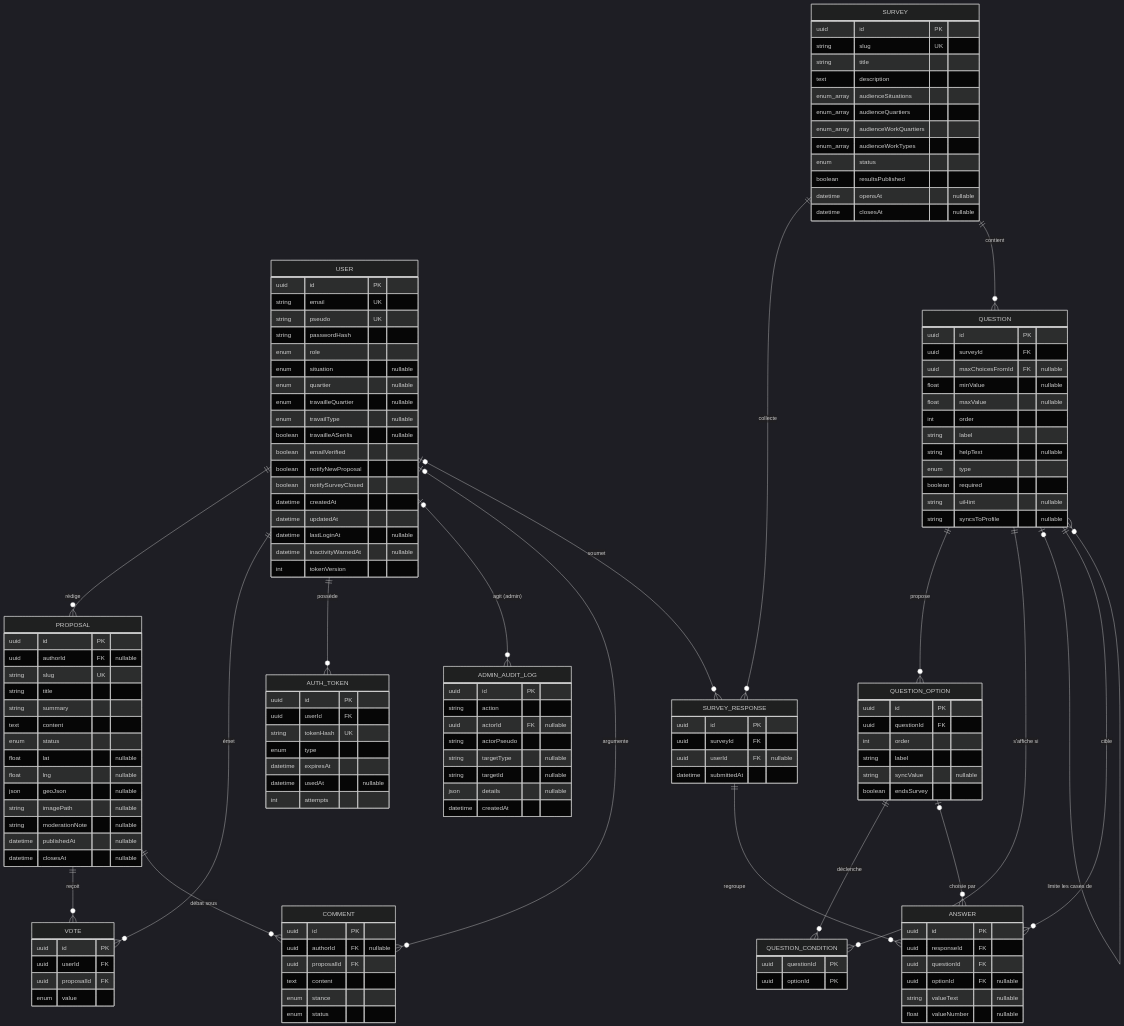
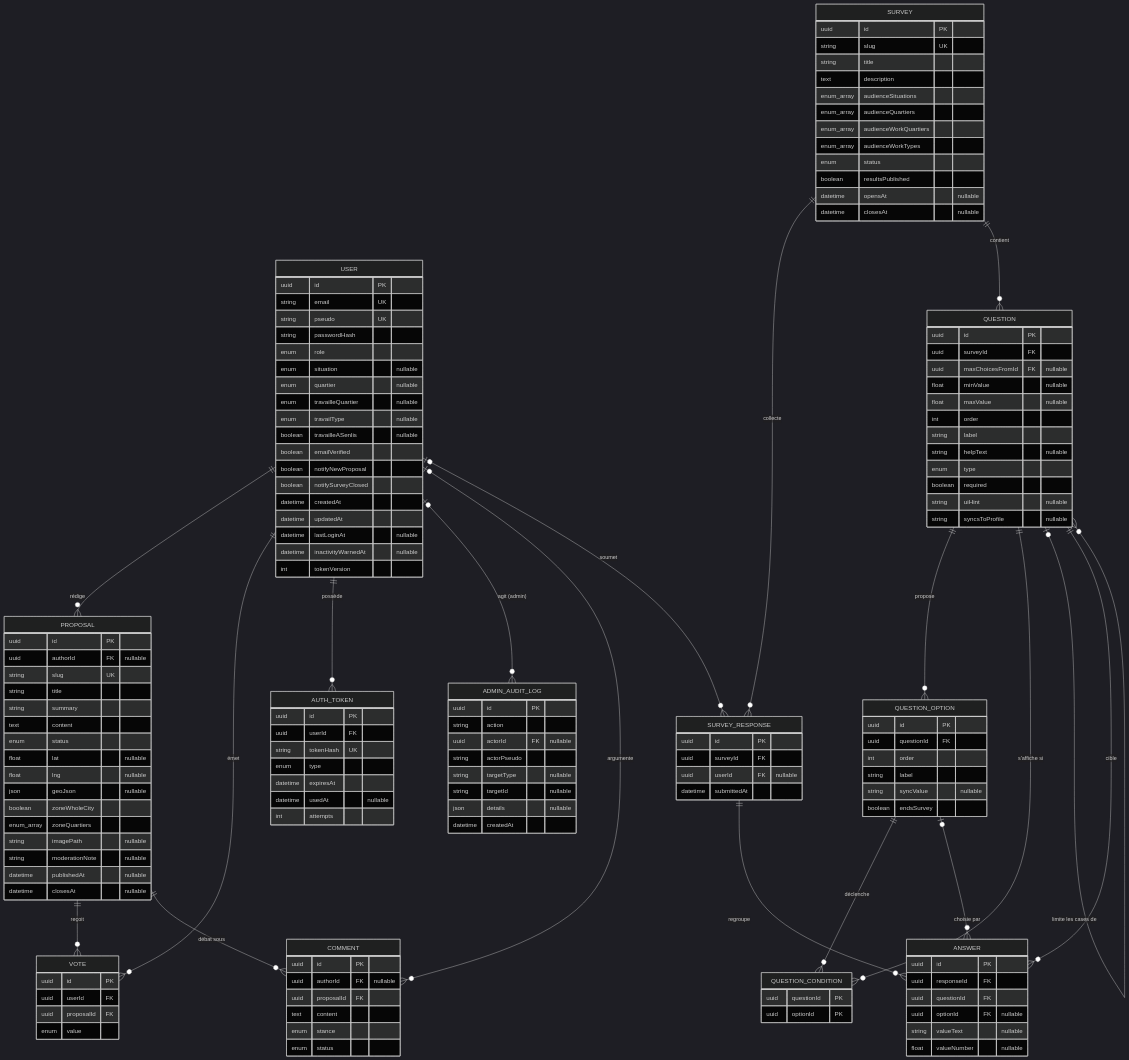
The diagram in 02-diagramme-erd.md (Nathalie-Leduc/Senlis-Participatif-docs), drawn with Mermaid (dark theme) before and after one commit. The commit also changed other lines of this file and 6 other files, not shown here.

```diff
--- a/02-diagramme-erd.md
+++ b/02-diagramme-erd.md
@@ -75,6 +75,8 @@
         float lat "nullable"
         float lng "nullable"
         json geoJson "nullable"
+        boolean zoneWholeCity
+        enum_array zoneQuartiers
         string imagePath "nullable"
         string moderationNote "nullable"
         datetime publishedAt "nullable"
```
